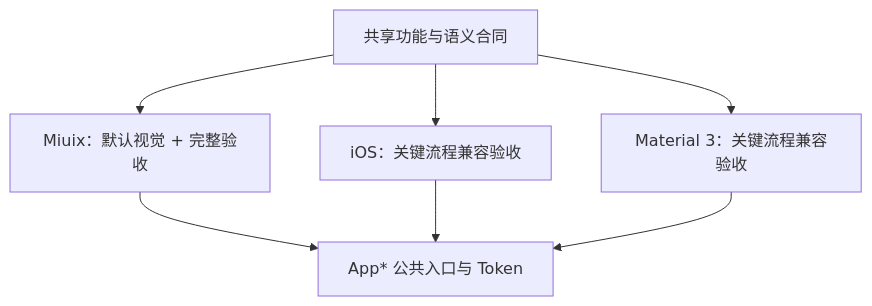
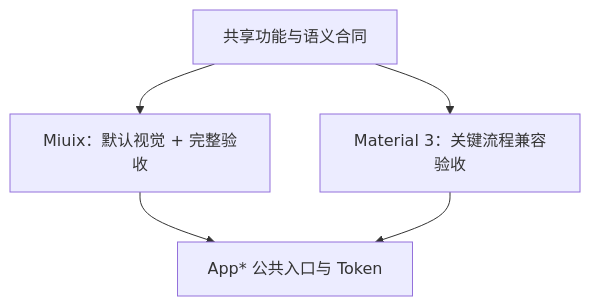
One commit to Beransnow/BiliPai changed the diagram in docs/wiki/ui-design/01_DIRECTION.md. Above: the diagram before and after it, drawn with Mermaid. The commit also changed other lines of this file and 32 other files, not shown here.

````diff
--- a/docs/wiki/ui-design/01_DIRECTION.md
+++ b/docs/wiki/ui-design/01_DIRECTION.md
@@ -42,9 +42,7 @@
 ```mermaid
 flowchart TD
     Contract["共享功能与语义合同"] --> M["Miuix：默认视觉 + 完整验收"]
-    Contract --> I["iOS：关键流程兼容验收"]
     Contract --> D["Material 3：关键流程兼容验收"]
     M --> DS["App* 公共入口与 Token"]
-    I --> DS
     D --> DS
 ```
````
